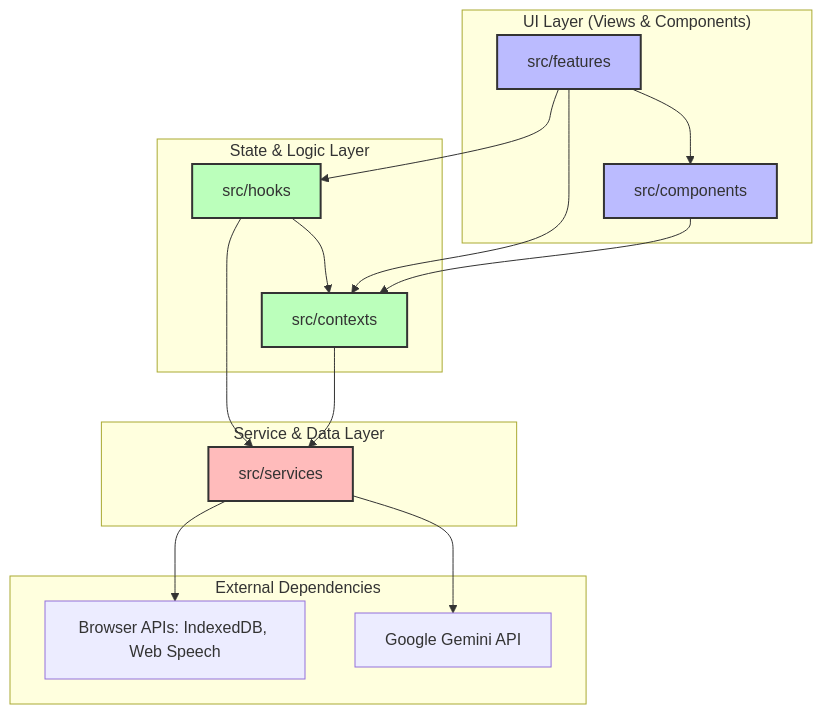
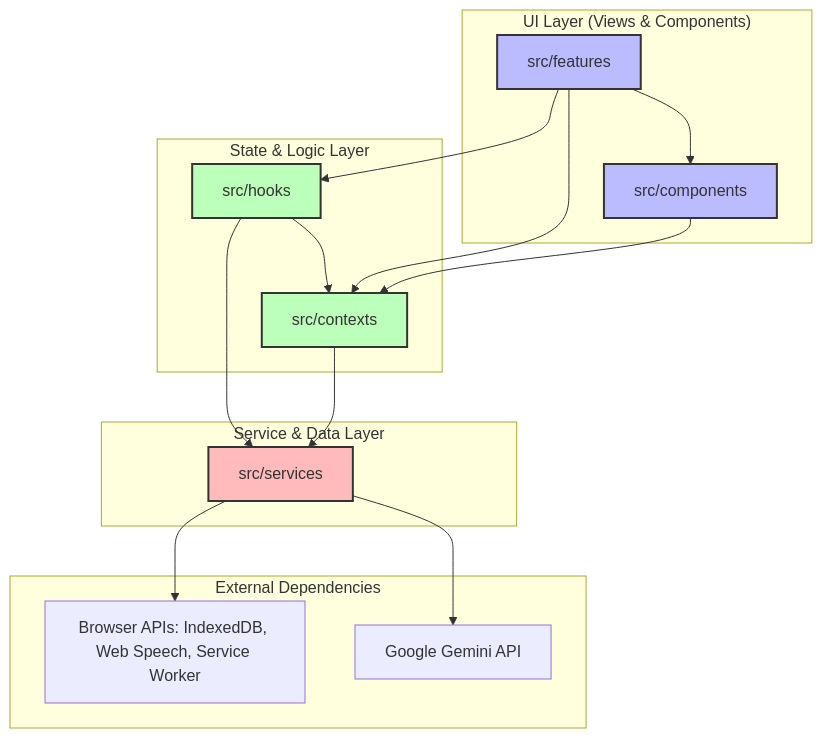
One commit to schmidtseb/japanese-reader changed the second of 4 diagrams in arc42.md. Above: the diagram before and after it, drawn with Mermaid. The commit also changed other lines of this file and 13 other files, not shown here.

````diff
--- a/arc42.md
+++ b/arc42.md
@@ -143,41 +165,41 @@
 ```mermaid
 graph TD
     subgraph "UI Layer (Views & Components)"
         Features[src/features]
         Components[src/components]
     end
 
     subgraph "State & Logic Layer"
         Contexts[src/contexts]
         Hooks[src/hooks]
     end
 
     subgraph "Service & Data Layer"
         Services[src/services]
     end
     
     subgraph "External Dependencies"
         GeminiAPI[Google Gemini API]
-        BrowserAPIs[Browser APIs: IndexedDB, Web Speech]
+        BrowserAPIs[Browser APIs: IndexedDB, Web Speech, Service Worker]
     end
 
     Features --> Components
     Features --> Contexts
     Features --> Hooks
     
     Hooks --> Contexts
     Hooks --> Services
 
     Components --> Contexts
 
     Contexts --> Services
 
     Services --> GeminiAPI
     Services --> BrowserAPIs
 
     style Features fill:#bbf,stroke:#333,stroke-width:2px
     style Components fill:#bbf,stroke:#333,stroke-width:2px
     style Contexts fill:#bfb,stroke:#333,stroke-width:2px
     style Hooks fill:#bfb,stroke:#333,stroke-width:2px
     style Services fill:#fbb,stroke:#333,stroke-width:2px
 ```
````
